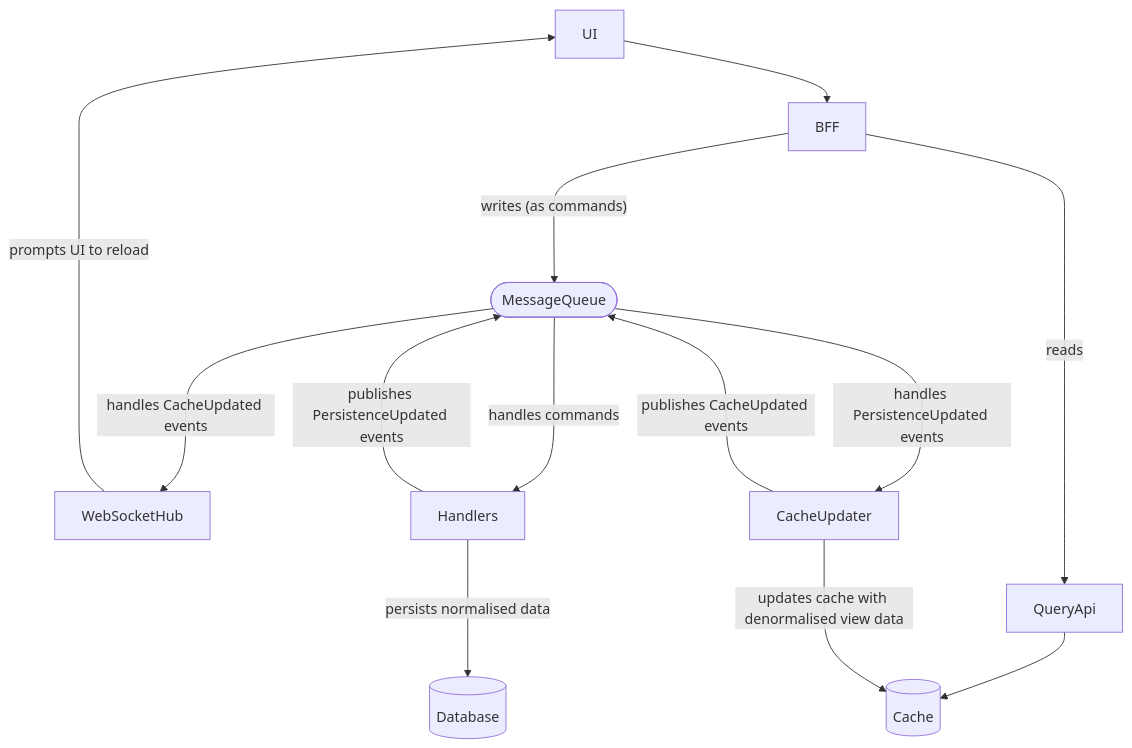
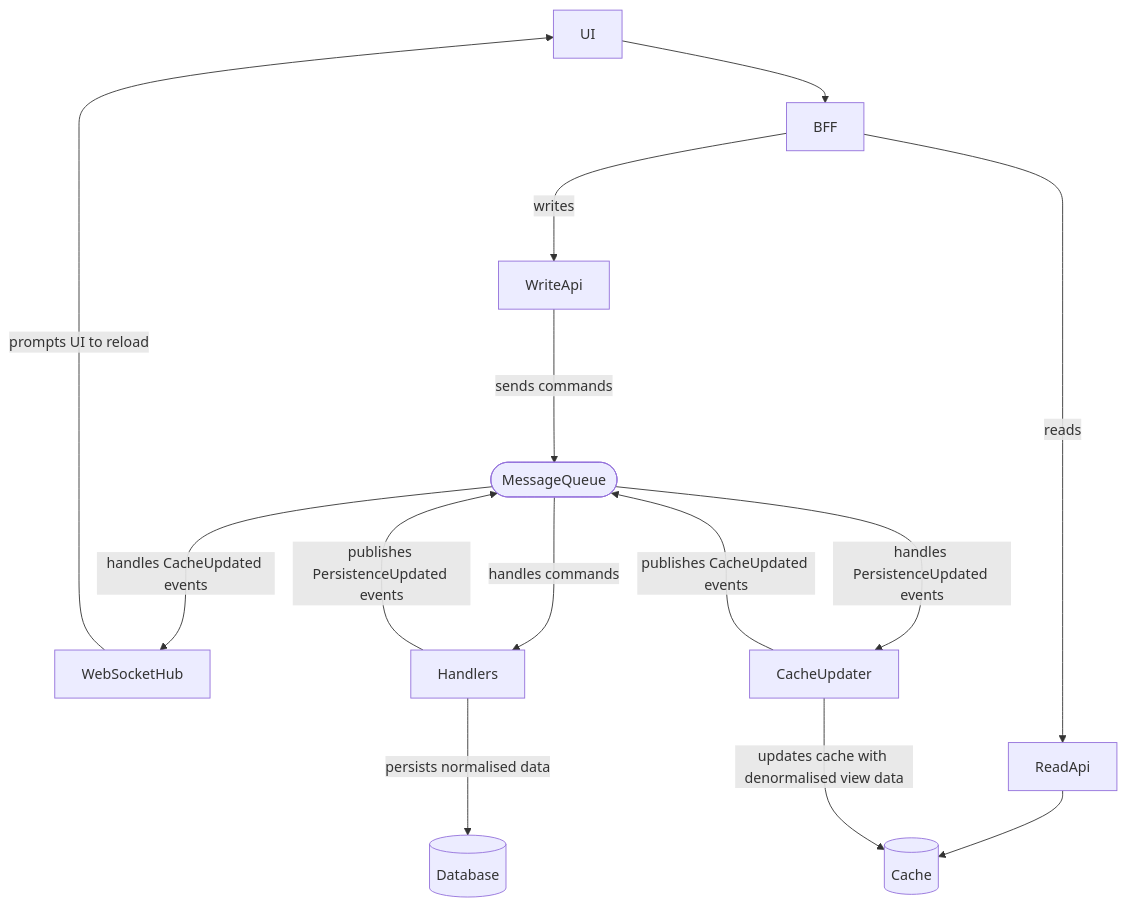
One commit to IrrelevantElephant/cqrs-poc changed the diagram in README.md. Above: the diagram before and after it, drawn with Mermaid. The commit also changed 22 other files, not shown here.

Commit message:
feat: separate read/write api's

````diff
--- a/README.md
+++ b/README.md
@@ -5,15 +5,16 @@
 ```mermaid
 flowchart TD;
     UI-->BFF;
-    BFF-- writes (as commands) --->MessageQueue([MessageQueue]);
-    BFF-- reads --->QueryApi;
-    QueryApi-->Cache[(Cache)]
+    BFF-- writes --->WriteApi;
+    WriteApi-- sends commands --->MessageQueue([MessageQueue]);
+    BFF-- reads --->ReadApi;
+    ReadApi-->Cache[(Cache)]
     MessageQueue-- handles CacheUpdated events --->WebSocketHub
     MessageQueue-- handles commands --->Handlers
     Handlers-- publishes PersistenceUpdated events --->MessageQueue
     MessageQueue-- handles PersistenceUpdated events --->CacheUpdater
     CacheUpdater-- updates cache with denormalised view data --->Cache
     CacheUpdater-- publishes CacheUpdated events --->MessageQueue
     Handlers-- persists normalised data --->Database[(Database)]
     WebSocketHub-- prompts UI to reload --->UI
 ```
````
